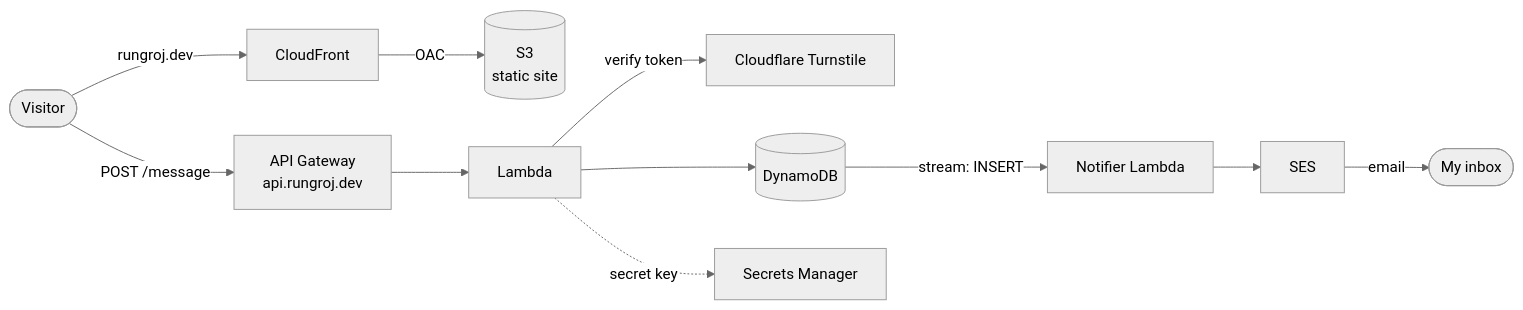
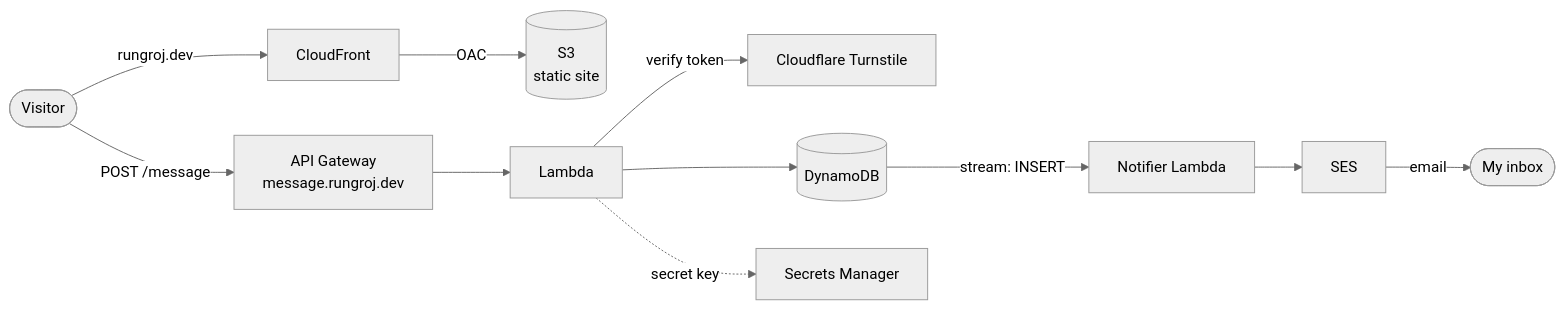
Before and after one commit to Imperator7/portfolio-next: the diagram in README.md, drawn with Mermaid (neutral theme). The commit also changed other lines of this file and 4 other files, not shown here.

First line of the commit message:
docs: follow the contact API's move to message.rungroj.dev

````diff
--- a/README.md
+++ b/README.md
@@ -27,13 +27,13 @@
 ```mermaid
 flowchart LR
   visitor([Visitor]) -->|rungroj.dev| cf[CloudFront]
   cf -->|OAC| s3[(S3<br/>static site)]
-  visitor -->|POST /message| apigw[API Gateway<br/>api.rungroj.dev]
+  visitor -->|POST /message| apigw[API Gateway<br/>message.rungroj.dev]
   apigw --> lambda[Lambda]
   lambda -->|verify token| turnstile[Cloudflare Turnstile]
   lambda --> ddb[(DynamoDB)]
   lambda -.secret key.-> sm[Secrets Manager]
   ddb -->|stream: INSERT| notifier[Notifier Lambda]
   notifier --> ses[SES]
   ses -->|email| inbox([My inbox])
 ```
````
